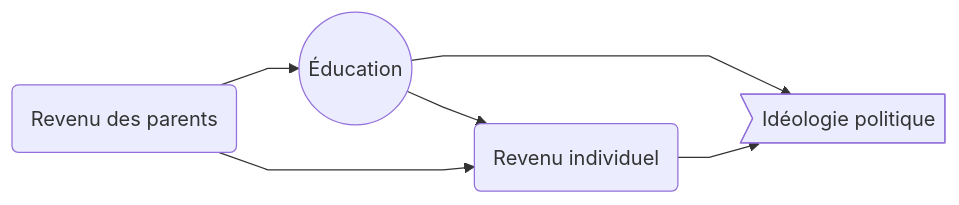
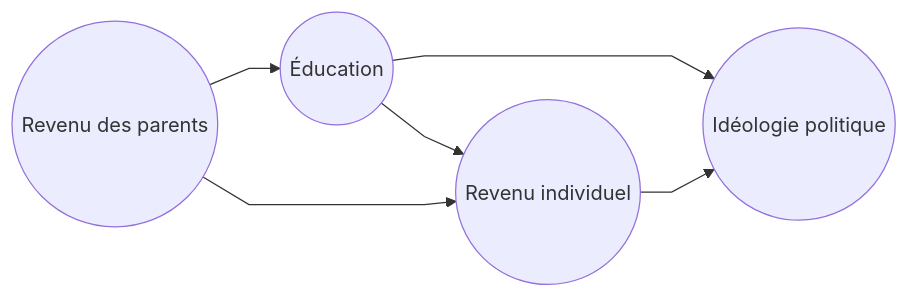
Before and after one commit to laurenceomfoisy/laurenceoliviermfoisy: diagram 11 of 39 in presentation_goa/index.qmd, drawn with Mermaid. The commit also changed other lines of this file and 1 other file, not shown here.

````diff
--- a/presentation_goa/index.qmd
+++ b/presentation_goa/index.qmd
@@ -139,11 +139,11 @@
 ```{mermaid}
 
 %%{init: {'flowchart' : {'curve' : 'linear'}}}%%
 
 flowchart LR;
-    X((Éducation)) --> Z1(Revenu individuel);
-    X --> Y;
-    Z1(Revenu individuel) --> Y>Idéologie politique];
-    Z2(Revenu des parents) --> X;
-    Z2(Revenu des parents) --> Z1(Revenu individuel);
+    X((Éducation)) --> Z1((Revenu individuel));
+    X --> Y((Idéologie politique));
+    Z1 --> Y;
+    Z2((Revenu des parents)) --> X;
+    Z2 --> Z1;
 ```
````
